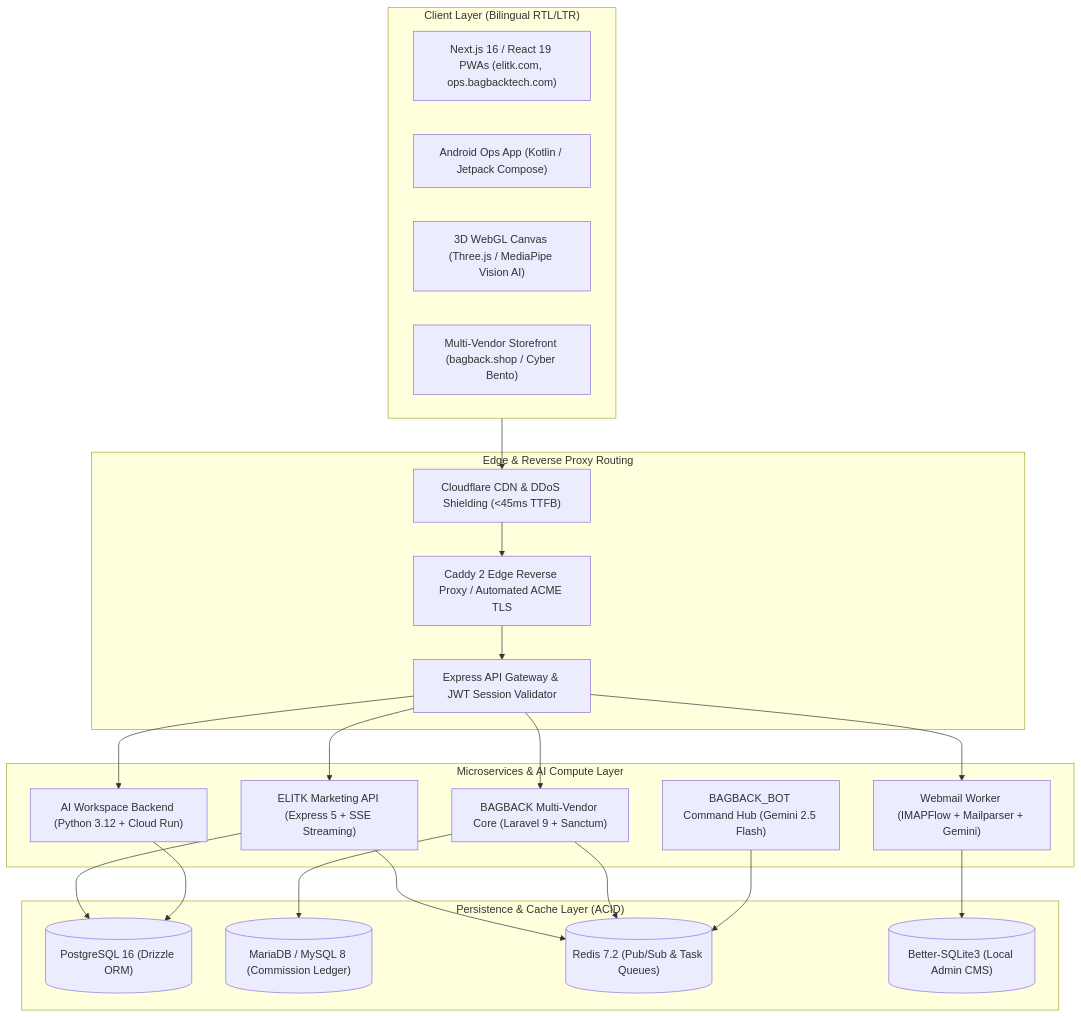
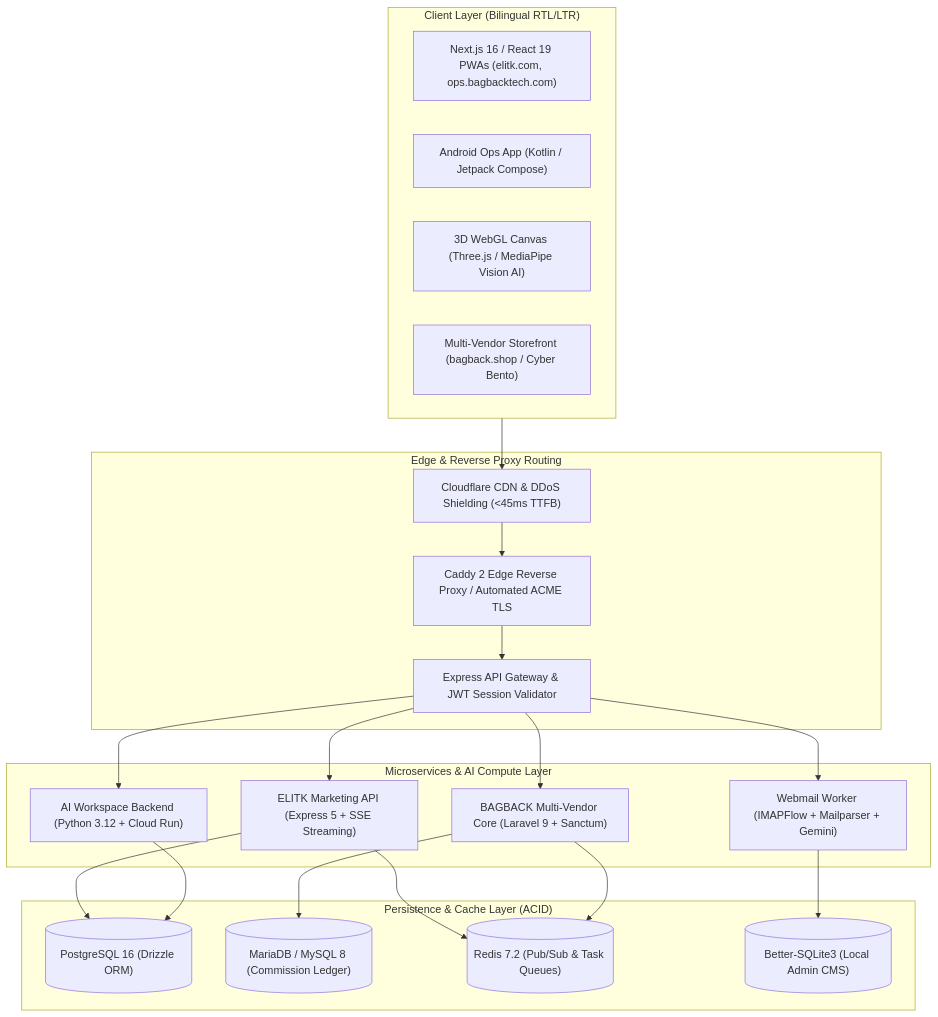
Before and after one commit to mohamedosamaai/mohamedosamaai: the diagram in README.md, drawn with Mermaid. The commit also changed other lines of this file, not shown here.

Commit message:
feat(profile): correct Egypt entity, remove bot, upgrade bento visuals (#26)

````diff
--- a/README.md
+++ b/README.md
@@ -135,45 +134,43 @@
 ```mermaid
 graph TB
     subgraph Clients ["Client Layer (Bilingual RTL/LTR)"]
         PWA["Next.js 16 / React 19 PWAs (elitk.com, ops.bagbacktech.com)"]
         Mobile["Android Ops App (Kotlin / Jetpack Compose)"]
         WebGL["3D WebGL Canvas (Three.js / MediaPipe Vision AI)"]
         Commerce["Multi-Vendor Storefront (bagback.shop / Cyber Bento)"]
     end
 
     subgraph Edge ["Edge & Reverse Proxy Routing"]
         Proxy["Caddy 2 Edge Reverse Proxy / Automated ACME TLS"]
         Gateway["Express API Gateway & JWT Session Validator"]
         Cloudflare["Cloudflare CDN & DDoS Shielding (<45ms TTFB)"]
     end
 
     subgraph Microservices ["Microservices & AI Compute Layer"]
         API["ELITK Marketing API (Express 5 + SSE Streaming)"]
         FastAPI["AI Workspace Backend (Python 3.12 + Cloud Run)"]
-        Bot["BAGBACK_BOT Command Hub (Gemini 2.5 Flash)"]
         Laravel["BAGBACK Multi-Vendor Core (Laravel 9 + Sanctum)"]
         Mail["Webmail Worker (IMAPFlow + Mailparser + Gemini)"]
     end
 
     subgraph Persistence ["Persistence & Cache Layer (ACID)"]
         Postgres[("PostgreSQL 16 (Drizzle ORM)")]
         Maria[("MariaDB / MySQL 8 (Commission Ledger)")]
         Redis[("Redis 7.2 (Pub/Sub & Task Queues)")]
         SQLite[("Better-SQLite3 (Local Admin CMS)")]
     end
 
     Clients --> Cloudflare
     Cloudflare --> Proxy
     Proxy --> Gateway
     Gateway --> API
     Gateway --> FastAPI
     Gateway --> Laravel
     Gateway --> Mail
     API --> Postgres
     API --> Redis
     FastAPI --> Postgres
     Laravel --> Maria
     Laravel --> Redis
-    Bot --> Redis
     Mail --> SQLite
 ```
````
